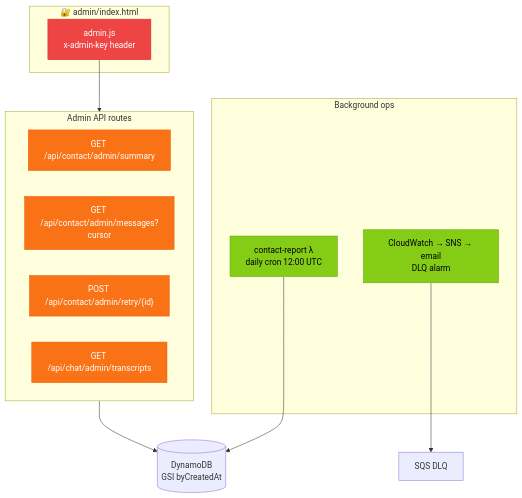
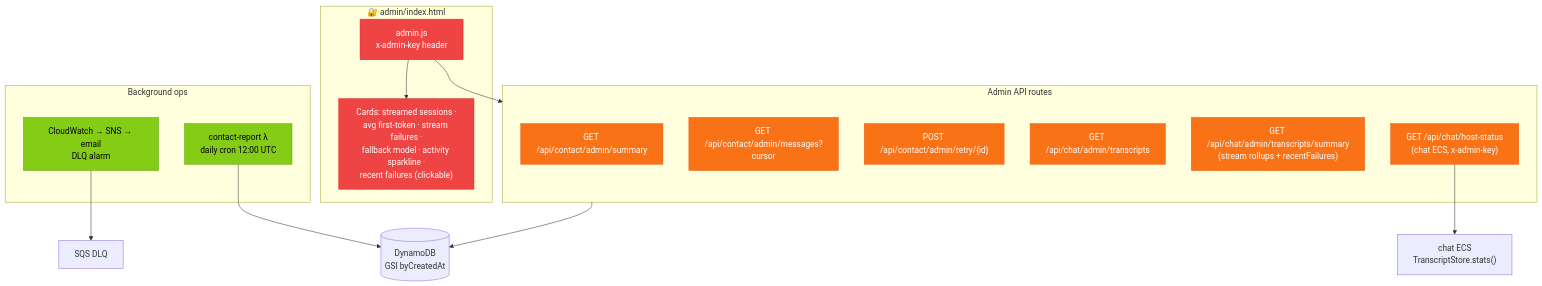
One commit to geda0/gvp changed the fourth of 7 diagrams in docs/architecture.md. Above: the diagram before and after it, drawn with Mermaid. The commit also changed other lines of this file and 2 other files, not shown here.

````diff
--- a/docs/architecture.md
+++ b/docs/architecture.md
@@ -274,31 +274,36 @@
 ```mermaid
 flowchart TB
     subgraph Admin["🔐 admin/index.html"]
         AUI["admin.js<br/>x-admin-key header"]
+        UI_CARDS["Cards: streamed sessions ·<br/>avg first-token · stream failures ·<br/>fallback model · activity sparkline ·<br/>recent failures (clickable)"]
     end
 
     subgraph Routes["Admin API routes"]
         SUM["GET /api/contact/admin/summary"]
         MSG["GET /api/contact/admin/messages?cursor"]
         RET["POST /api/contact/admin/retry/{id}"]
         TRN["GET /api/chat/admin/transcripts"]
+        TRN_SUM["GET /api/chat/admin/transcripts/summary<br/>(stream rollups + recentFailures)"]
+        HOST["GET /api/chat/host-status<br/>(chat ECS, x-admin-key)"]
     end
 
     subgraph Ops["Background ops"]
         RPT["contact-report λ<br/>daily cron 12:00 UTC"]
         ALM["CloudWatch → SNS → email<br/>DLQ alarm"]
     end
 
+    AUI --> UI_CARDS
     AUI --> Routes
     Routes --> DDB[("DynamoDB<br/>GSI byCreatedAt")]
+    HOST --> CHATHOST["chat ECS<br/>TranscriptStore.stats()"]
     RPT --> DDB
     ALM --> DLQ["SQS DLQ"]
 
     classDef admin fill:#EF4444,stroke:#DC2626,color:#fff
     classDef route fill:#F97316,stroke:#EA580C,color:#fff
     classDef ops fill:#84CC16,stroke:#65A30D,color:#000
 
-    class AUI admin
-    class SUM,MSG,RET,TRN route
+    class AUI,UI_CARDS admin
+    class SUM,MSG,RET,TRN,TRN_SUM,HOST route
     class RPT,ALM ops
 ```
````
